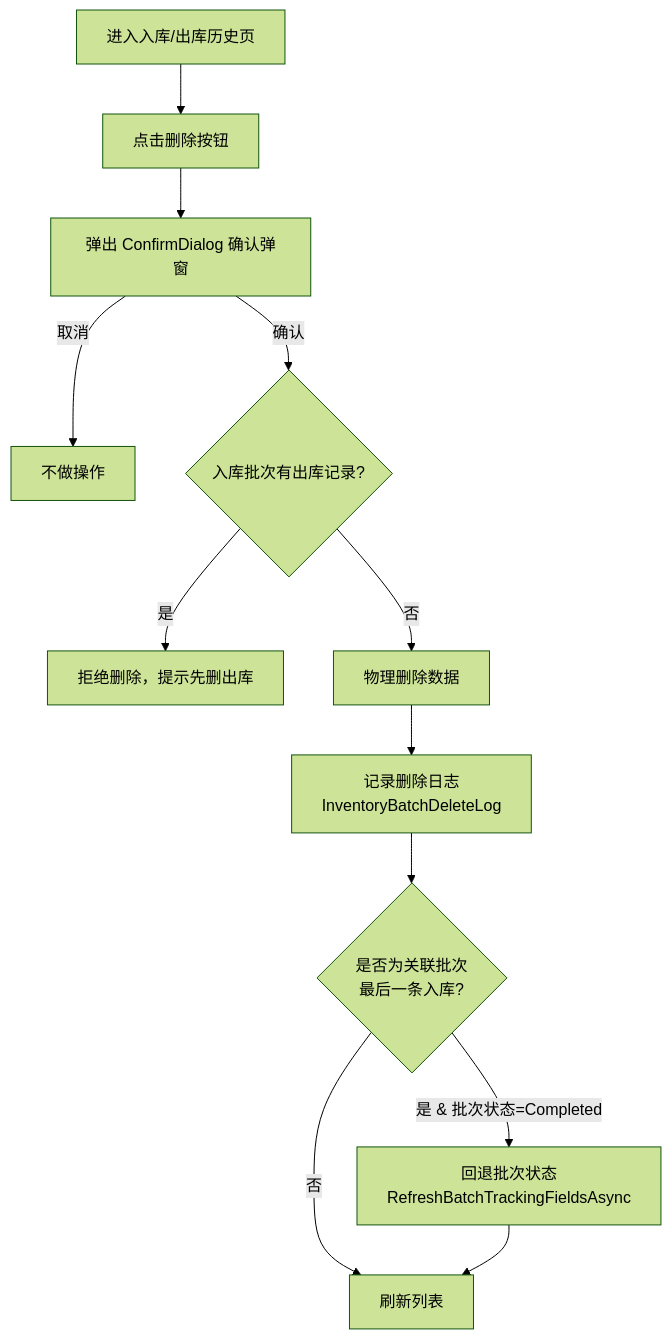
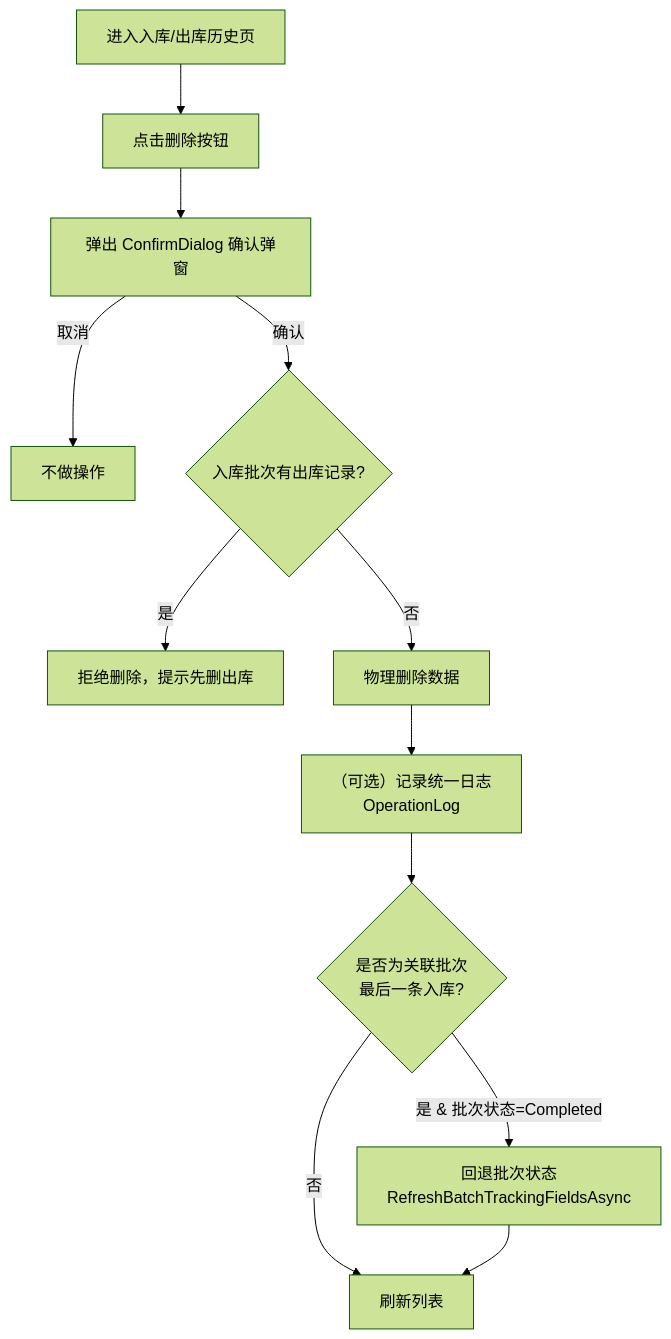
One commit to zhz151/MES changed the third of 4 diagrams in docs/模块设计/仓库模块详细设计.md. Above: the diagram before and after it, drawn with Mermaid (forest theme). The commit also changed other lines of this file and 42 other files, not shown here.

````diff
--- a/docs/模块设计/仓库模块详细设计.md
+++ b/docs/模块设计/仓库模块详细设计.md
@@ -83,14 +83,14 @@
 ```mermaid
 flowchart TD
     A[进入入库/出库历史页] --> B[点击删除按钮]
     B --> C[弹出 ConfirmDialog 确认弹窗]
     C -->|取消| D[不做操作]
     C -->|确认| E{入库批次有出库记录?}
     E -->|是| F[拒绝删除，提示先删出库]
     E -->|否| G[物理删除数据]
-    G --> H[记录删除日志<br/>InventoryBatchDeleteLog]
+    G --> H[（可选）记录统一日志<br/>OperationLog]
     H --> I{是否为关联批次<br/>最后一条入库?}
     I -->|是 & 批次状态=Completed| J[回退批次状态<br/>RefreshBatchTrackingFieldsAsync]
     I -->|否| K[刷新列表]
     J --> K
 ```
````
